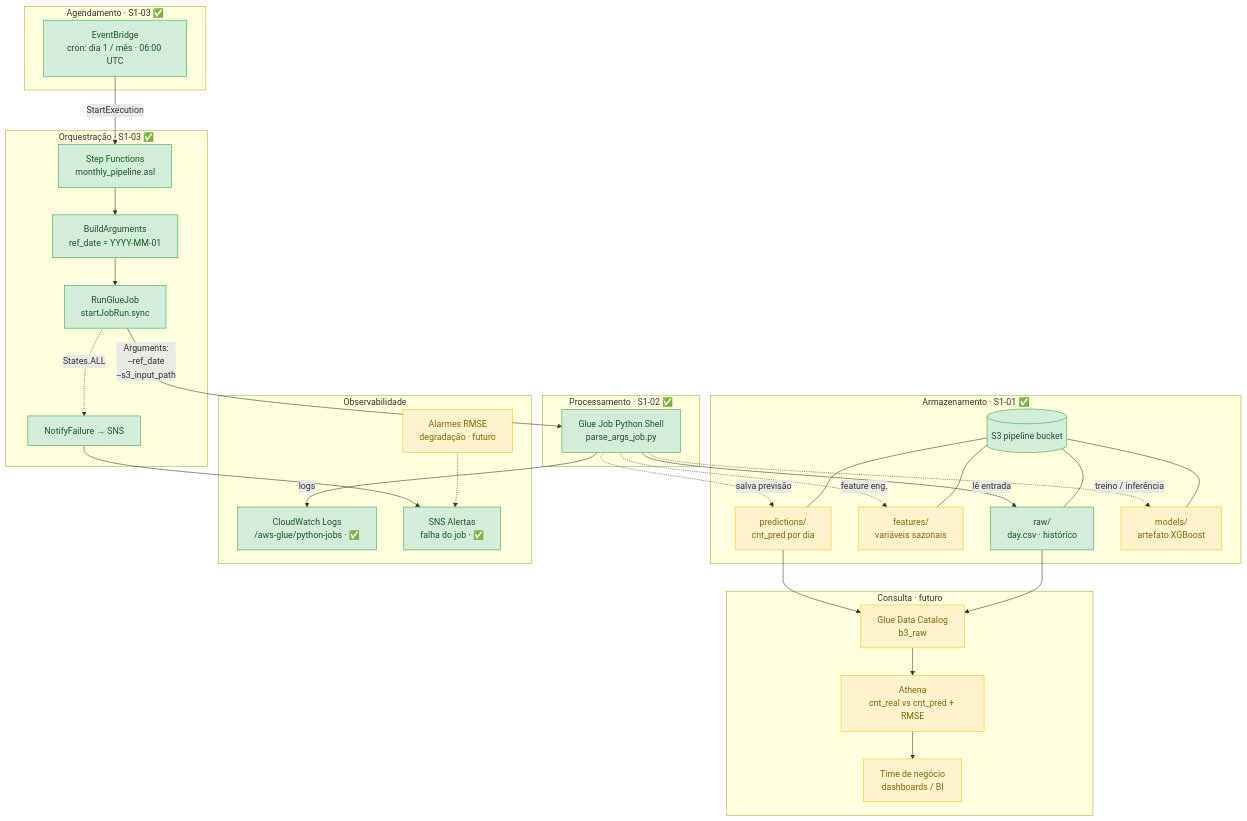
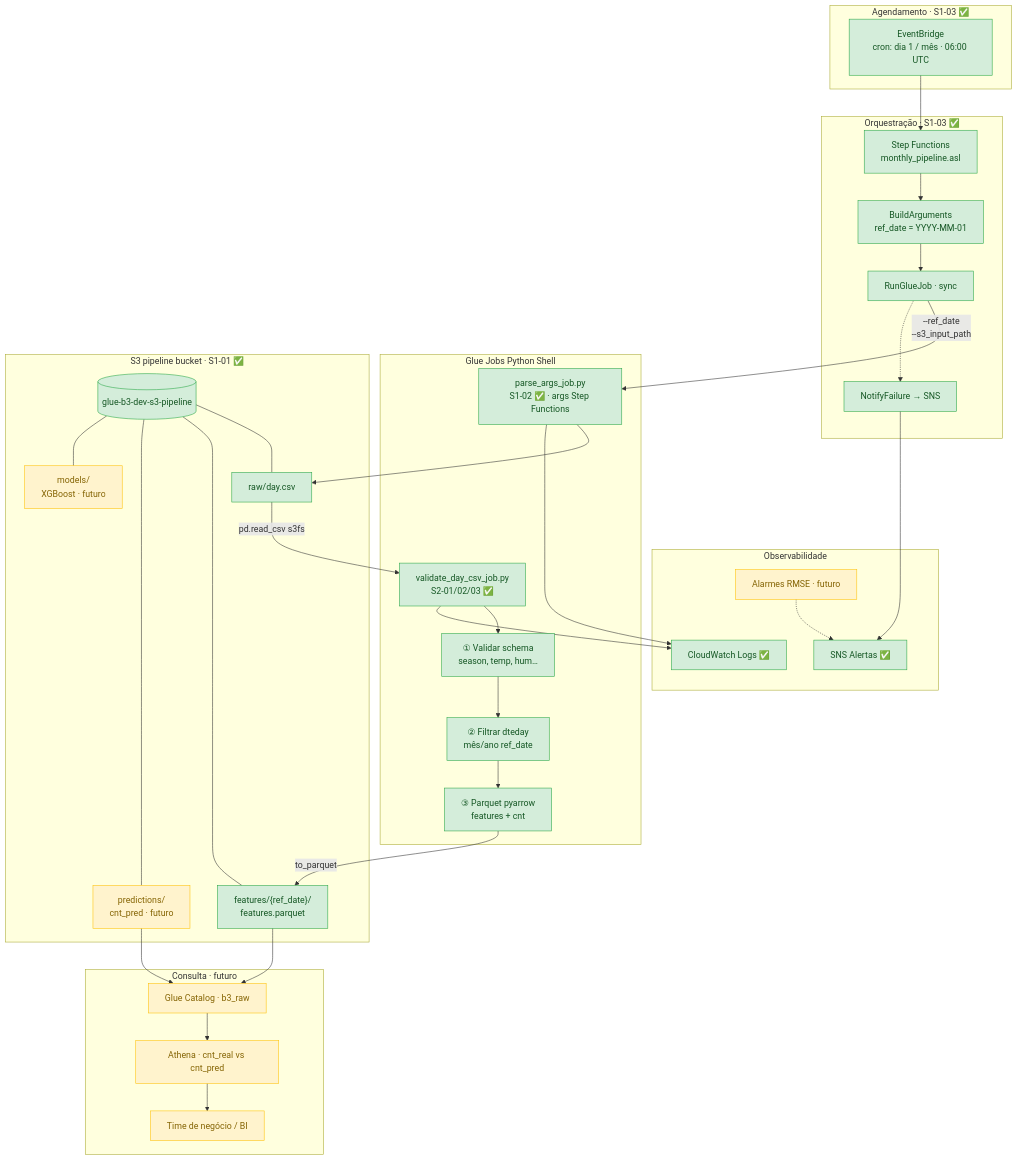
Before and after one commit to welligtoncos/bike-sharing-forecast-aws: the first of 2 diagrams in README.md, drawn with Mermaid. The commit also changed other lines of this file and 1 other file, not shown here.

First line of the commit message:
docs: atualizar diagramas de arquitetura com Sprint 2

````diff
--- a/README.md
+++ b/README.md
@@ -13,66 +13,71 @@
 ```mermaid
 flowchart TB
     subgraph AGENDAMENTO["Agendamento · S1-03 ✅"]
         EB["EventBridge<br/>cron: dia 1 / mês · 06:00 UTC"]
     end
 
     subgraph ORQUESTRACAO["Orquestração · S1-03 ✅"]
         SF["Step Functions<br/>monthly_pipeline.asl"]
         BUILD["BuildArguments<br/>ref_date = YYYY-MM-01"]
-        RUN["RunGlueJob<br/>startJobRun.sync"]
+        RUN["RunGlueJob · sync"]
         FAIL["NotifyFailure → SNS"]
     end
 
-    subgraph COMPUTE["Processamento · S1-02 ✅"]
-        GJ["Glue Job Python Shell<br/>parse_args_job.py"]
+    subgraph COMPUTE["Glue Jobs Python Shell"]
+        GJ1["parse_args_job.py<br/>S1-02 ✅ · args Step Functions"]
+        GJ2["validate_day_csv_job.py<br/>S2-01/02/03 ✅"]
+        S2A["① Validar schema<br/>season, temp, hum…"]
+        S2B["② Filtrar dteday<br/>mês/ano ref_date"]
+        S2C["③ Parquet pyarrow<br/>features + cnt"]
     end
 
-    subgraph STORAGE["Armazenamento · S1-01 ✅"]
-        S3[("S3 pipeline bucket")]
-        RAW["raw/<br/>day.csv · histórico"]
-        FEAT["features/<br/>variáveis sazonais"]
-        PRED["predictions/<br/>cnt_pred por dia"]
-        MOD["models/<br/>artefato XGBoost"]
+    subgraph STORAGE["S3 pipeline bucket · S1-01 ✅"]
+        S3[("glue-b3-dev-s3-pipeline")]
+        RAW["raw/day.csv"]
+        FEAT["features/{ref_date}/<br/>features.parquet"]
+        PRED["predictions/<br/>cnt_pred · futuro"]
+        MOD["models/<br/>XGBoost · futuro"]
     end
 
     subgraph OBS["Observabilidade"]
-        CW["CloudWatch Logs<br/>/aws-glue/python-jobs · ✅"]
-        SNS["SNS Alertas<br/>falha do job · ✅"]
-        ALM["Alarmes RMSE<br/>degradação · futuro"]
+        CW["CloudWatch Logs ✅"]
+        SNS["SNS Alertas ✅"]
+        ALM["Alarmes RMSE · futuro"]
     end
 
     subgraph ANALYTICS["Consulta · futuro"]
-        GC["Glue Data Catalog<br/>b3_raw"]
-        ATH["Athena<br/>cnt_real vs cnt_pred + RMSE"]
-        USR["Time de negócio<br/>dashboards / BI"]
+        GC["Glue Catalog · b3_raw"]
+        ATH["Athena · cnt_real vs cnt_pred"]
+        USR["Time de negócio / BI"]
     end
 
-    EB -->|"StartExecution"| SF
+    EB --> SF
     SF --> BUILD --> RUN
-    RUN -->|"Arguments:<br/>--ref_date<br/>--s3_input_path"| GJ
-    RUN -.->|"States.ALL"| FAIL
+    RUN -->|"--ref_date<br/>--s3_input_path"| GJ1
+    RUN -.-> FAIL
 
-    GJ -->|"lê entrada"| RAW
-    GJ -->|"logs"| CW
-    GJ -.->|"feature eng."| FEAT
-    GJ -.->|"treino / inferência"| MOD
-    GJ -.->|"salva previsão"| PRED
+    GJ2 --> S2A --> S2B --> S2C
+    RAW -->|"pd.read_csv s3fs"| GJ2
+    S2C -->|"to_parquet"| FEAT
+
+    GJ1 --> RAW
+    GJ1 --> CW
+    GJ2 --> CW
+    FAIL --> SNS
+    ALM -.-> SNS
 
     S3 --- RAW
     S3 --- FEAT
     S3 --- PRED
     S3 --- MOD
 
-    FAIL --> SNS
-    ALM -.-> SNS
-
+    FEAT --> GC
     PRED --> GC
-    RAW --> GC
     GC --> ATH --> USR
 
     classDef done fill:#d4edda,stroke:#28a745,color:#155724
     classDef future fill:#fff3cd,stroke:#ffc107,color:#856404
 
-    class EB,SF,BUILD,RUN,GJ,S3,RAW,CW,SNS,FAIL done
-    class FEAT,PRED,MOD,ALM,GC,ATH,USR future
+    class EB,SF,BUILD,RUN,GJ1,GJ2,S2A,S2B,S2C,S3,RAW,FEAT,CW,SNS,FAIL done
+    class PRED,MOD,ALM,GC,ATH,USR future
 ```
````
